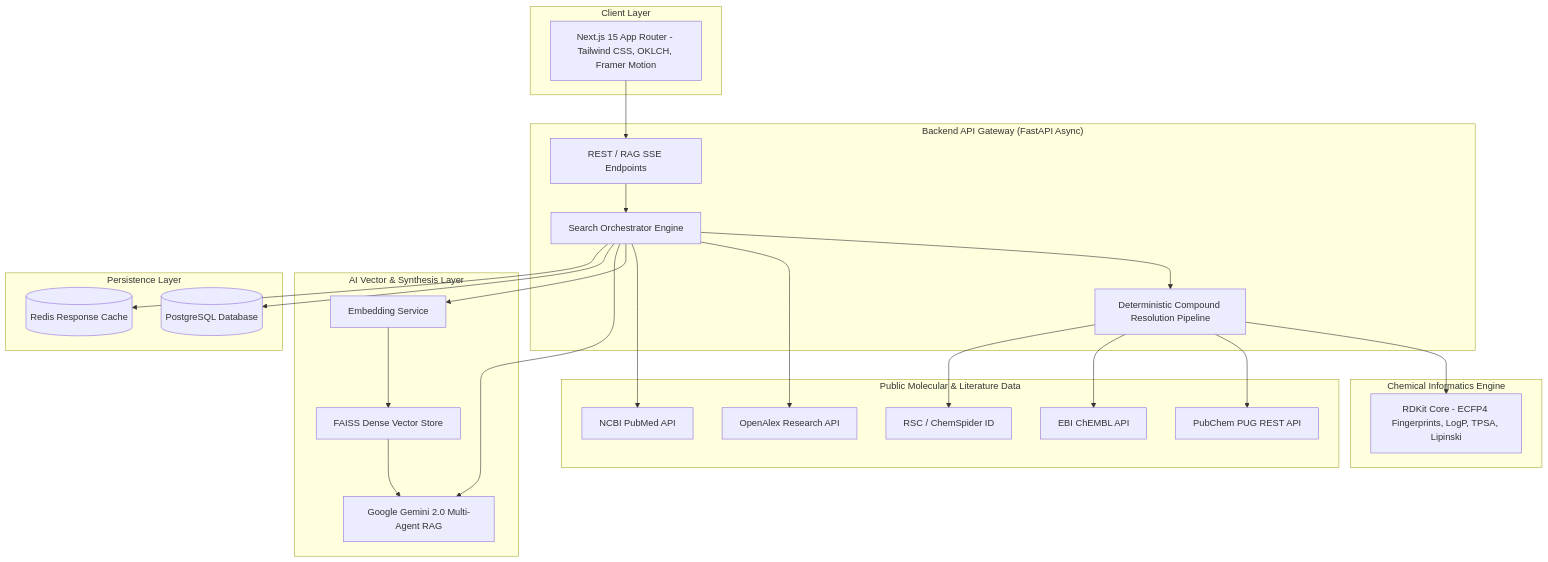
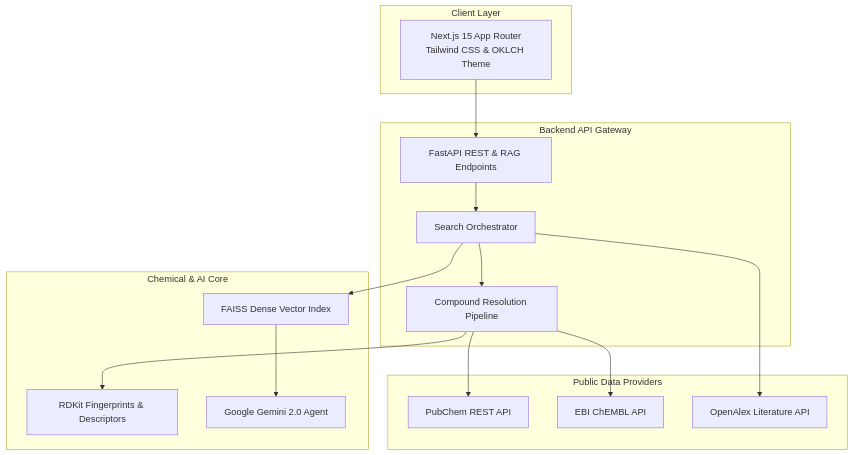
The diagram in frontend/README.md (VahiniMuttineni/Patent-Pilot-AI), drawn with Mermaid before and after one commit. The commit also changed other lines of this file and 1 other file, not shown here.

````diff
--- a/frontend/README.md
+++ b/frontend/README.md
@@ -28,51 +21,34 @@
 ```mermaid
 graph TD
     subgraph client ["Client Layer"]
-        UI["Next.js 15 App Router - Tailwind CSS, OKLCH, Framer Motion"]
+        UI["Next.js 15 App Router<br/>Tailwind CSS & OKLCH Theme"]
     end
 
-    subgraph gateway ["Backend API Gateway (FastAPI Async)"]
-        Router["REST / RAG SSE Endpoints"]
-        Orchestrator["Search Orchestrator Engine"]
-        CompoundResolver["Deterministic Compound Resolution Pipeline"]
+    subgraph gateway ["Backend API Gateway"]
+        Router["FastAPI REST & RAG Endpoints"]
+        Orchestrator["Search Orchestrator"]
+        CompoundResolver["Compound Resolution Pipeline"]
     end
 
-    subgraph chem ["Chemical Informatics Engine"]
-        RDKit["RDKit Core - ECFP4 Fingerprints, LogP, TPSA, Lipinski"]
+    subgraph engine ["Chemical & AI Core"]
+        RDKit["RDKit Fingerprints & Descriptors"]
+        FAISS["FAISS Dense Vector Index"]
+        LLM["Google Gemini 2.0 Agent"]
     end
 
-    subgraph providers ["Public Molecular & Literature Data"]
-        PubChem["PubChem PUG REST API"]
+    subgraph external ["Public Data Providers"]
+        PubChem["PubChem REST API"]
         ChEMBL["EBI ChEMBL API"]
-        ChemSpider["RSC / ChemSpider ID"]
-        OpenAlex["OpenAlex Research API"]
-        PubMed["NCBI PubMed API"]
-    end
-
-    subgraph ai ["AI Vector & Synthesis Layer"]
-        FAISS["FAISS Dense Vector Store"]
-        Embeddings["Embedding Service"]
-        LLM["Google Gemini 2.0 Multi-Agent RAG"]
-    end
-
-    subgraph persistence ["Persistence Layer"]
-        DB[(PostgreSQL Database)]
-        Cache[(Redis Response Cache)]
+        OpenAlex["OpenAlex Literature API"]
     end
 
     UI --> Router
     Router --> Orchestrator
     Orchestrator --> CompoundResolver
     CompoundResolver --> RDKit
     CompoundResolver --> PubChem
     CompoundResolver --> ChEMBL
-    CompoundResolver --> ChemSpider
     Orchestrator --> OpenAlex
-    Orchestrator --> PubMed
-    Orchestrator --> Embeddings
-    Embeddings --> FAISS
+    Orchestrator --> FAISS
     FAISS --> LLM
-    Orchestrator --> LLM
-    Orchestrator --> DB
-    Orchestrator --> Cache
 ```
````
